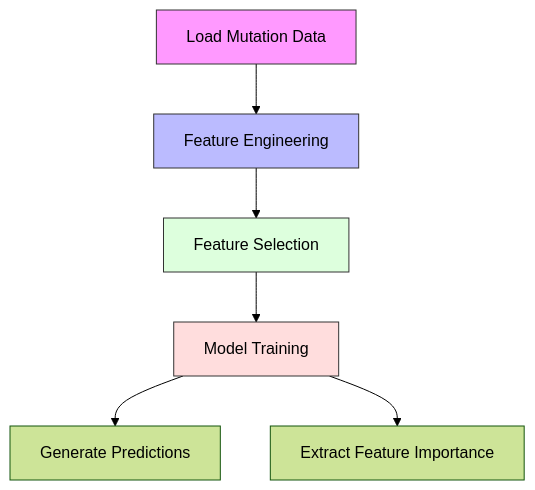
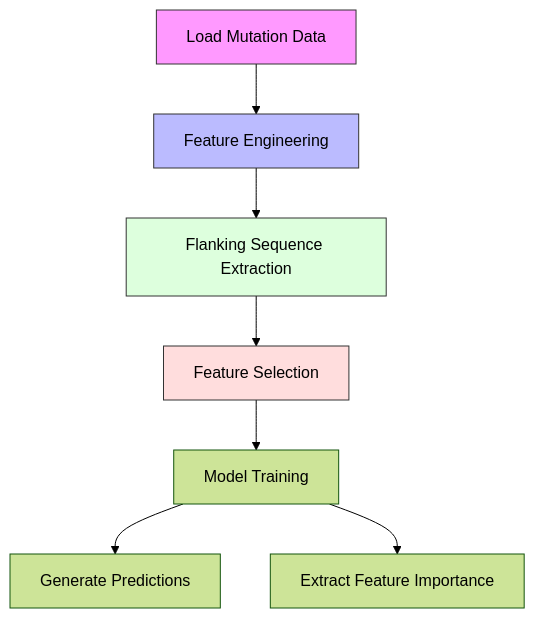
One commit to 0PeterAdel/Computational-Genomics changed the first of 2 diagrams in new-version/Report.md. Above: the diagram before and after it, drawn with Mermaid (forest theme). The commit also changed other lines of this file and 8 other files, not shown here.

````diff
--- a/new-version/Report.md
+++ b/new-version/Report.md
@@ -74,12 +88,13 @@
 ```mermaid
 graph TD
     A[Load Mutation Data] --> B[Feature Engineering]
-    B --> C[Feature Selection]
-    C --> D[Model Training]
-    D --> E[Generate Predictions]
-    D --> F[Extract Feature Importance]
+    B --> C[Flanking Sequence Extraction]
+    C --> D[Feature Selection]
+    D --> E[Model Training]
+    E --> F[Generate Predictions]
+    E --> G[Extract Feature Importance]
     style A fill:#f9f,stroke:#333
     style B fill:#bbf,stroke:#333
     style C fill:#dfd,stroke:#333
     style D fill:#fdd,stroke:#333
 ```
````
